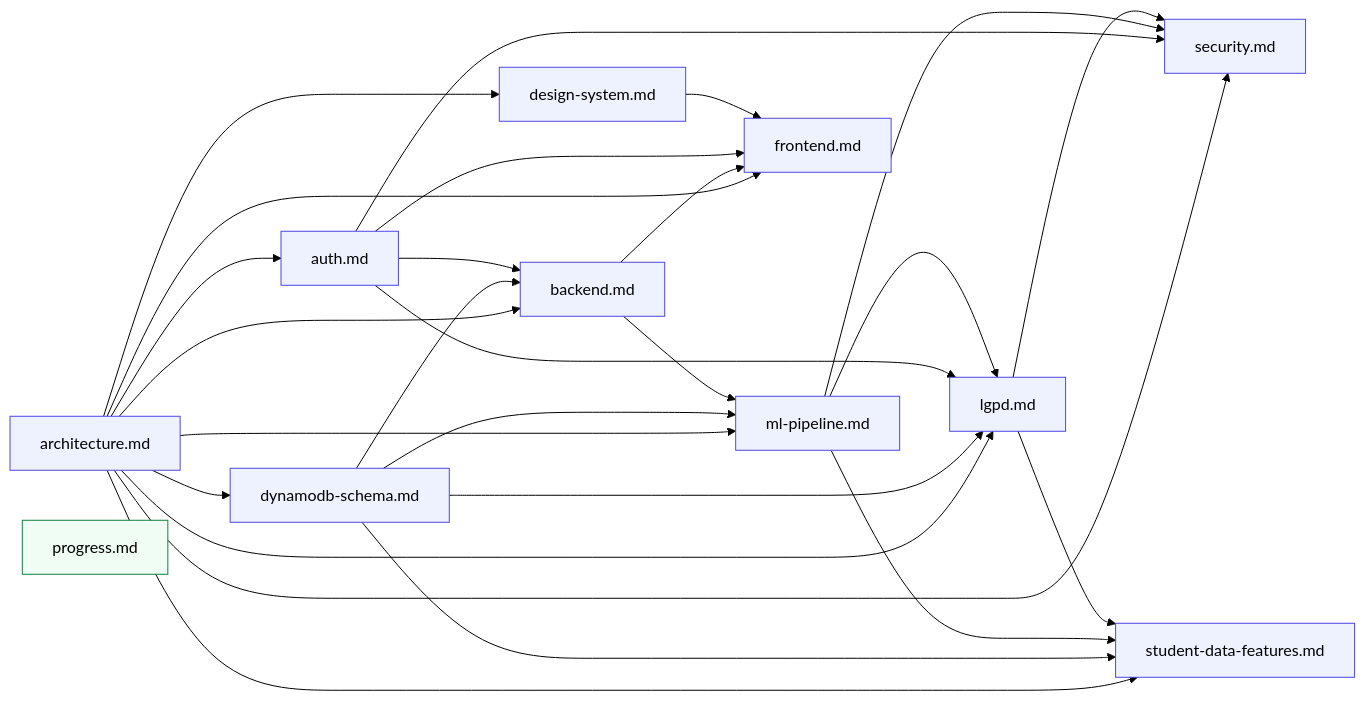
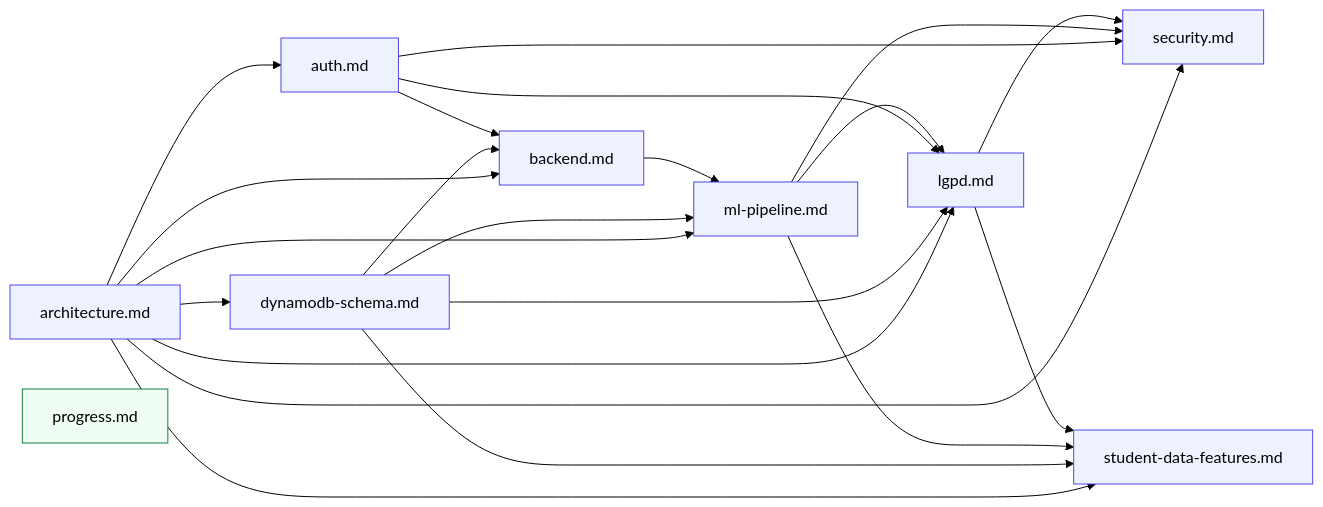
The diagram in specs/README.md (luidsonl/learning-profile-analysis-system), drawn with Mermaid (forest theme) before and after one commit. The commit also changed other lines of this file and 9 other files, not shown here.

````diff
--- a/specs/README.md
+++ b/specs/README.md
@@ -27,34 +25,29 @@
 ```mermaid
 graph LR
     A[architecture.md] --> S[dynamodb-schema.md]
     A --> AU[auth.md]
     A --> BE[backend.md]
     S --> BE
     AU --> BE
     A --> ML[ml-pipeline.md]
     S --> ML
     BE --> ML
     A --> LG[lgpd.md]
     S --> LG
     AU --> LG
     ML --> LG
     A --> SE[security.md]
     AU --> SE
     ML --> SE
     LG --> SE
-    A --> FE[frontend.md]
-    BE --> FE
-    AU --> FE
-    A --> DS[design-system.md]
-    DS --> FE
     A --> SD[student-data-features.md]
     S --> SD
     ML --> SD
     LG --> SD
     PROG[progress.md]
 
     classDef spec fill:#EEF2FF,stroke:#4F46E5,stroke-width:1px;
     classDef report fill:#F0FDF4,stroke:#15803D,stroke-width:1px;
-    class A,S,AU,BE,ML,LG,SE,DS,FE,SD spec;
+    class A,S,AU,BE,ML,LG,SE,SD spec;
     class PROG report;
 ```
````
